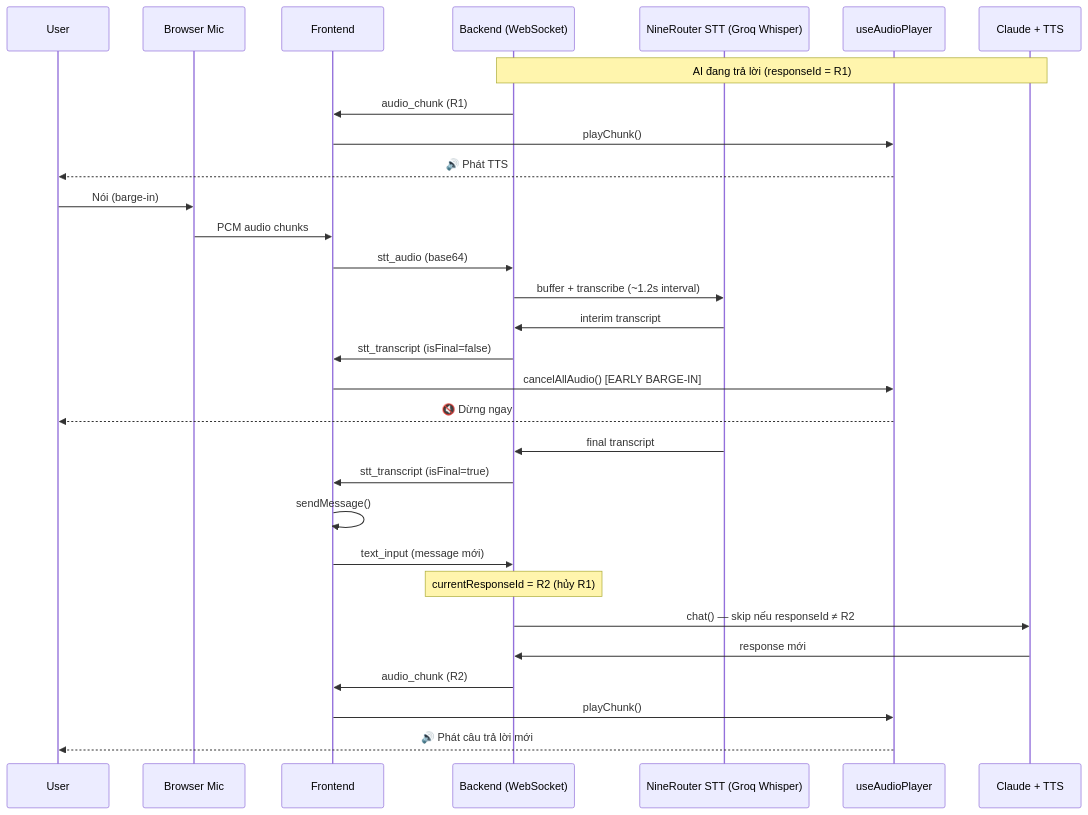
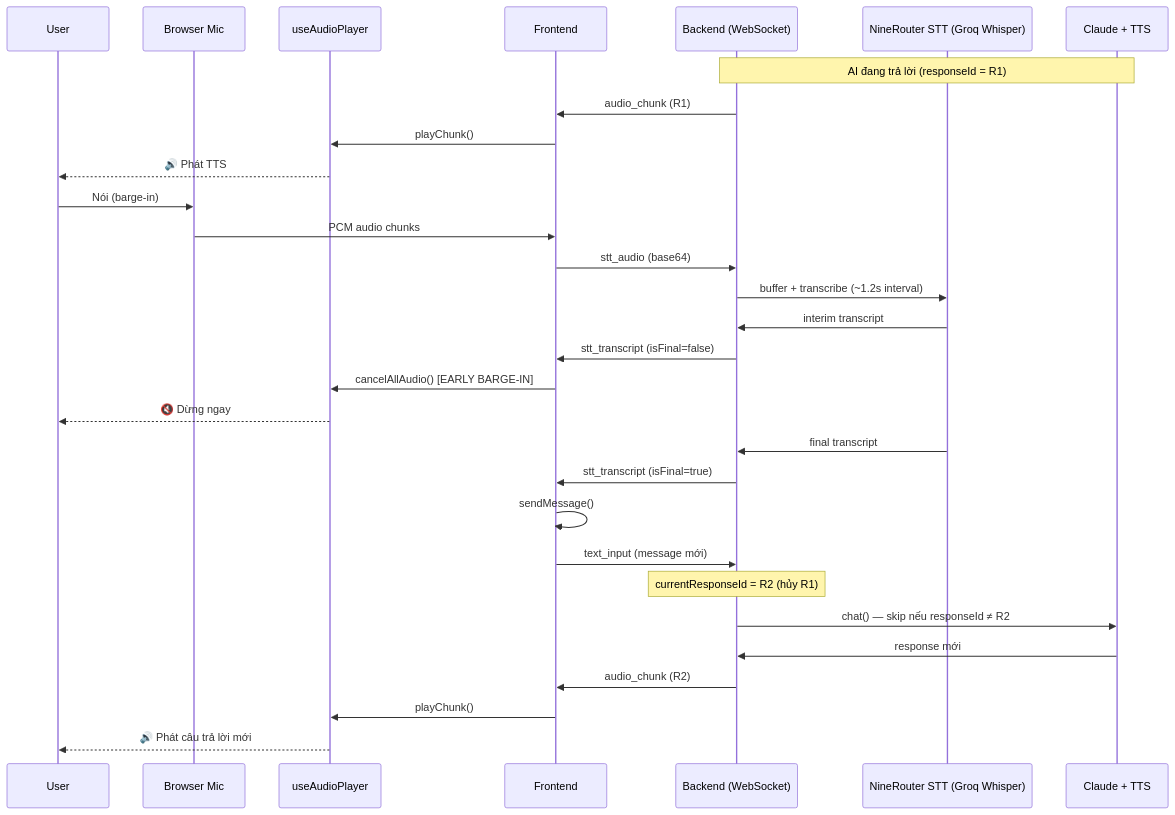
One commit to shopvui1697-star/rabbit-character-anime changed the first of 2 diagrams in BARGE_IN_CONFIG.md. Above: the diagram before and after it, drawn with Mermaid. The commit also changed other lines of this file and 18 other files, not shown here.

````diff
--- a/BARGE_IN_CONFIG.md
+++ b/BARGE_IN_CONFIG.md
@@ -69,36 +69,36 @@
 ```mermaid
 sequenceDiagram
     participant User
     participant Mic as Browser Mic
+    participant Audio as useAudioPlayer
     participant FE as Frontend
     participant BE as Backend (WebSocket)
     participant STT as NineRouter STT (Groq Whisper)
-    participant Audio as useAudioPlayer
     participant LLM as Claude + TTS
 
     Note over BE,LLM: AI đang trả lời (responseId = R1)
     BE->>FE: audio_chunk (R1)
     FE->>Audio: playChunk()
     Audio-->>User: 🔊 Phát TTS
 
     User->>Mic: Nói (barge-in)
     Mic->>FE: PCM audio chunks
     FE->>BE: stt_audio (base64)
     BE->>STT: buffer + transcribe (~1.2s interval)
     STT->>BE: interim transcript
     BE->>FE: stt_transcript (isFinal=false)
     FE->>Audio: cancelAllAudio() [EARLY BARGE-IN]
     Audio-->>User: 🔇 Dừng ngay
 
     STT->>BE: final transcript
     BE->>FE: stt_transcript (isFinal=true)
     FE->>FE: sendMessage()
     FE->>BE: text_input (message mới)
 
     Note over BE: currentResponseId = R2 (hủy R1)
     BE->>LLM: chat() — skip nếu responseId ≠ R2
     LLM->>BE: response mới
     BE->>FE: audio_chunk (R2)
     FE->>Audio: playChunk()
     Audio-->>User: 🔊 Phát câu trả lời mới
 ```
````
